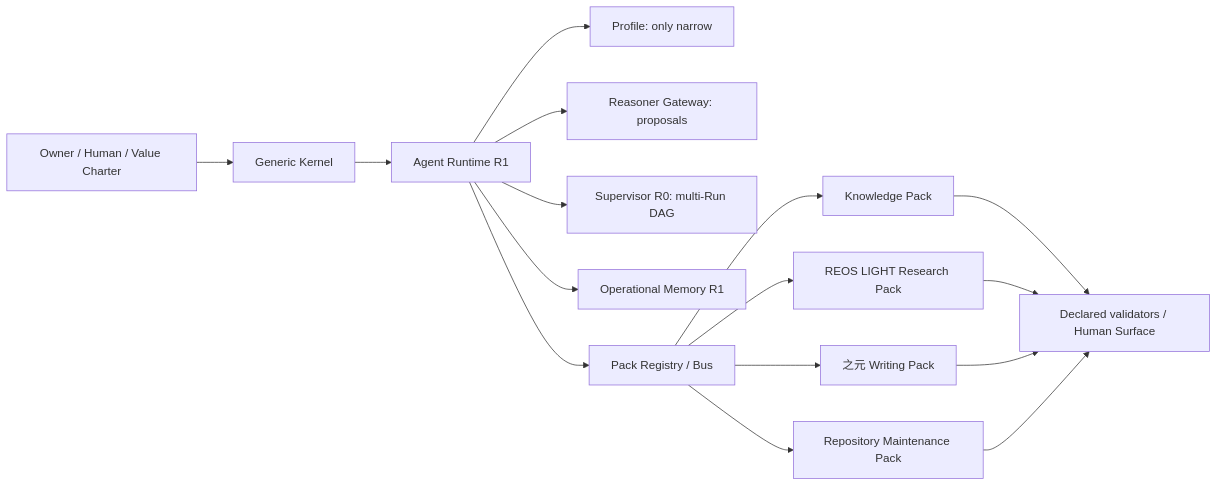
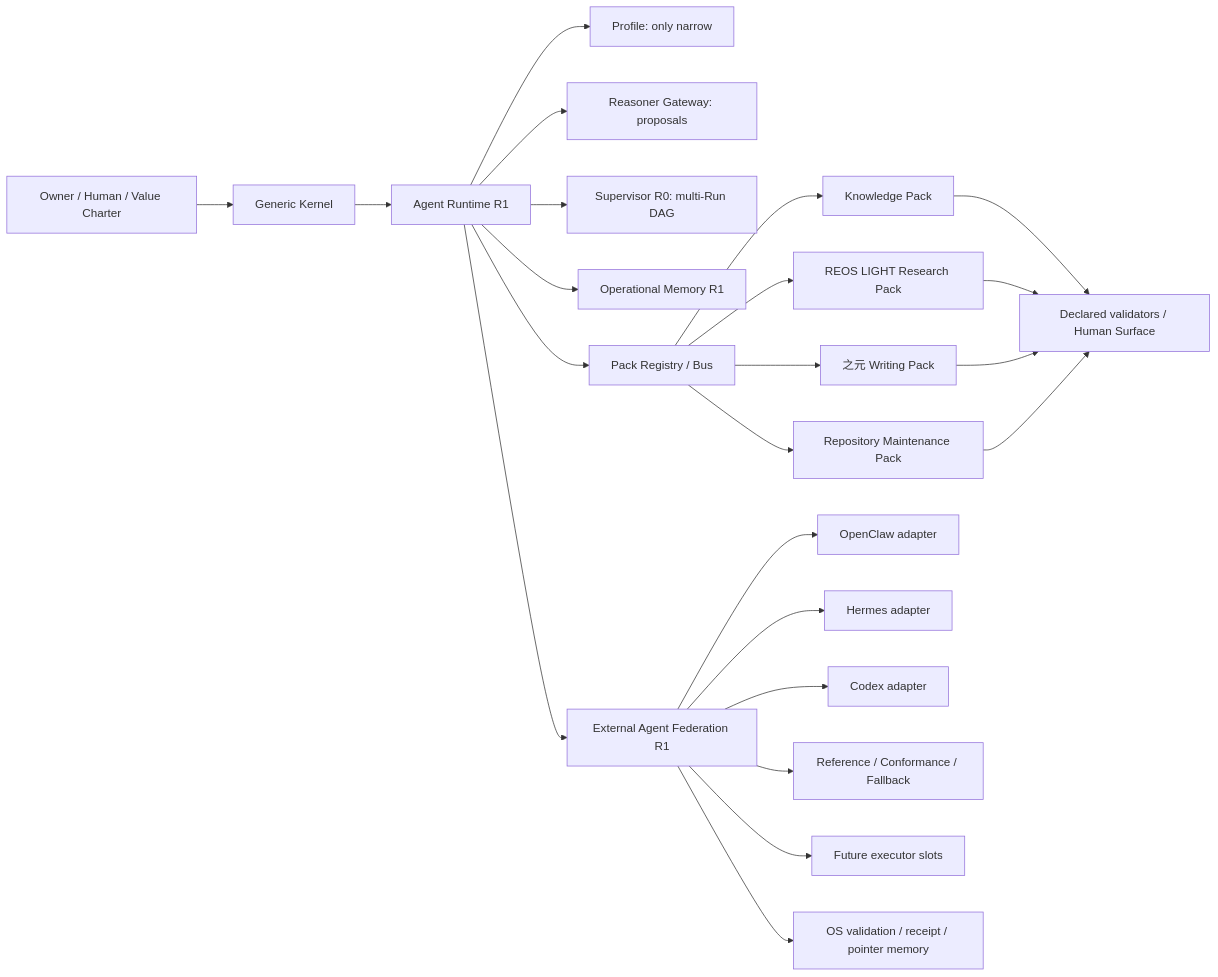
One commit to Arvin-liu/when-systems-catch-fire changed the diagram in ignition/docs/architecture/agent-platform-r2.md. Above: the diagram before and after it, drawn with Mermaid. The commit also changed other lines of this file and 34 other files, not shown here.

Commit message:
IGNITION-122 step 11: converge federation architecture surfaces

````diff
--- a/ignition/docs/architecture/agent-platform-r2.md
+++ b/ignition/docs/architecture/agent-platform-r2.md
@@ -16,18 +16,25 @@
 ```mermaid
 flowchart LR
   OWNER[Owner / Human / Value Charter] --> KERNEL[Generic Kernel]
   KERNEL --> RUNTIME[Agent Runtime R1]
   RUNTIME --> PROFILE[Profile: only narrow]
   RUNTIME --> GATEWAY[Reasoner Gateway: proposals]
   RUNTIME --> SUPERVISOR[Supervisor R0: multi-Run DAG]
   RUNTIME --> MEMORY[Operational Memory R1]
   RUNTIME --> BUS[Pack Registry / Bus]
+  RUNTIME --> FEDERATION[External Agent Federation R1]
+  FEDERATION --> OPENCLAW[OpenClaw adapter]
+  FEDERATION --> HERMES[Hermes adapter]
+  FEDERATION --> CODEX[Codex adapter]
+  FEDERATION --> REFERENCE[Reference / Conformance / Fallback]
+  FEDERATION --> FUTURE[Future executor slots]
   BUS --> KNOWLEDGE[Knowledge Pack]
   BUS --> RESEARCH[REOS LIGHT Research Pack]
   BUS --> WRITING[之元 Writing Pack]
   BUS --> MAINTENANCE[Repository Maintenance Pack]
   KNOWLEDGE --> SURFACE[Declared validators / Human Surface]
   RESEARCH --> SURFACE
   WRITING --> SURFACE
   MAINTENANCE --> SURFACE
+  FEDERATION --> RECEIPT[OS validation / receipt / pointer memory]
 ```
````
